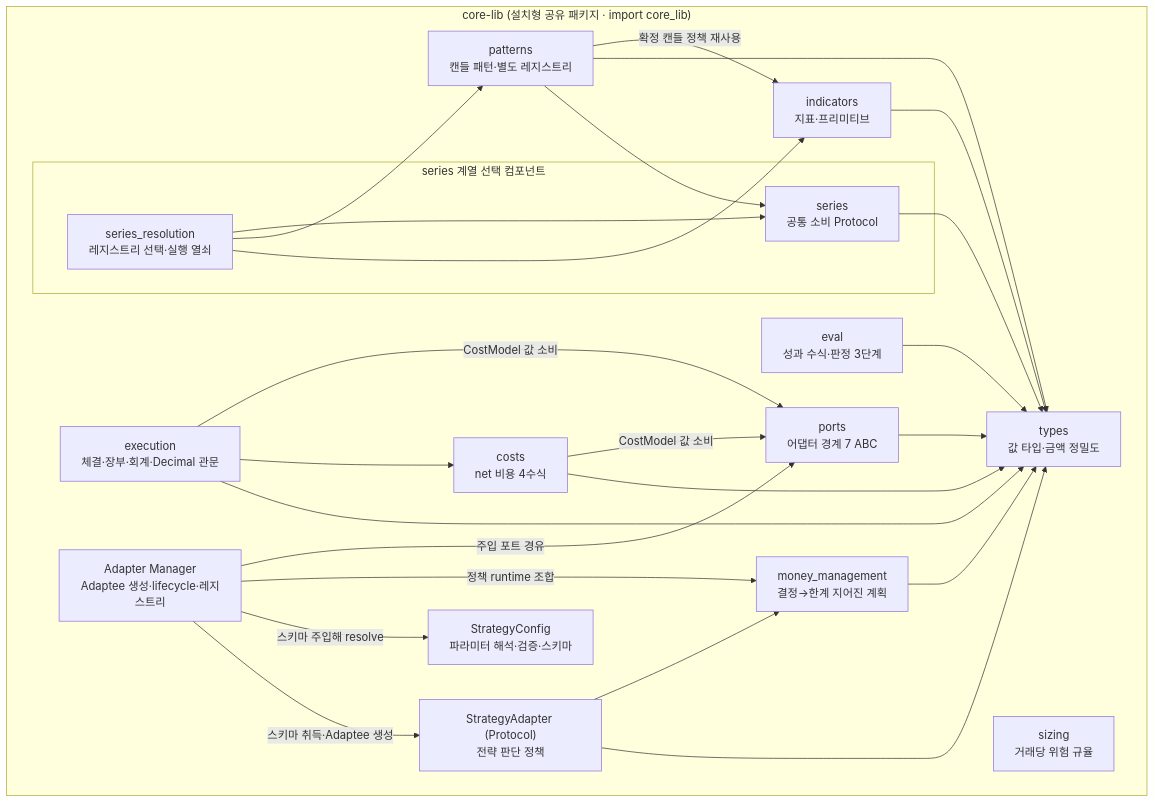
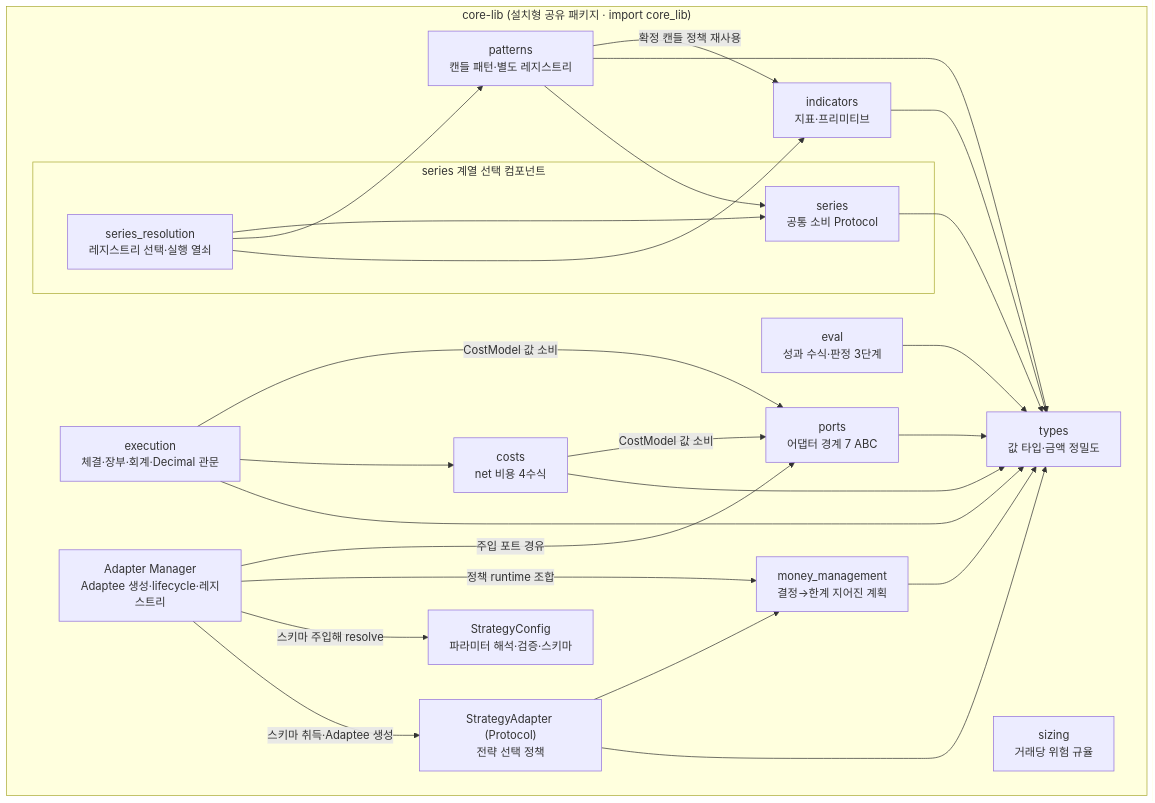
The third of 38 diagrams in docs/fullspec/backtest_v2_detailed_design.md (vessel35/trading-system-v2), drawn with Mermaid before and after one commit. The commit also changed other lines of this file and 2 other files, not shown here.

````diff
--- a/docs/fullspec/backtest_v2_detailed_design.md
+++ b/docs/fullspec/backtest_v2_detailed_design.md
@@ -574,43 +574,43 @@
 ```mermaid
 flowchart TD
     subgraph CORELIB["core-lib (설치형 공유 패키지 · import core_lib)"]
         TYPES["types<br/>값 타입·금액 정밀도"]
         IND["indicators<br/>지표·프리미티브"]
         PAT["patterns<br/>캔들 패턴·별도 레지스트리"]
         subgraph SERIES["series 계열 선택 컴포넌트"]
             SER["series<br/>공통 소비 Protocol"]
             RES["series_resolution<br/>레지스트리 선택·실행 열쇠"]
         end
         MM["money_management<br/>결정→한계 지어진 계획"]
-        STRAT["StrategyAdapter (Protocol)<br/>전략 판단 정책"]
+        STRAT["StrategyAdapter (Protocol)<br/>전략 선택 정책"]
         SIZ["sizing<br/>거래당 위험 규율"]
         CST["costs<br/>net 비용 4수식"]
         EXE["execution<br/>체결·장부·회계·Decimal 관문"]
         PORT["ports<br/>어댑터 경계 7 ABC"]
         EVAL["eval<br/>성과 수식·판정 3단계"]
         MGR["Adapter Manager<br/>Adaptee 생성·lifecycle·레지스트리"]
         CFG["StrategyConfig<br/>파라미터 해석·검증·스키마"]
     end
     IND --> TYPES
     PAT --> TYPES
     PAT -->|확정 캔들 정책 재사용| IND
     PAT --> SER
     RES --> IND
     RES --> PAT
     RES --> SER
     SER --> TYPES
     MM --> TYPES
     STRAT --> TYPES
     STRAT --> MM
     CST --> TYPES
     CST -->|CostModel 값 소비| PORT
     EXE --> TYPES
     EXE --> CST
     EXE -->|CostModel 값 소비| PORT
     PORT --> TYPES
     EVAL --> TYPES
     MGR -->|스키마 취득·Adaptee 생성| STRAT
     MGR -->|스키마 주입해 resolve| CFG
     MGR -->|정책 runtime 조합| MM
     MGR -->|주입 포트 경유| PORT
 ```
````
